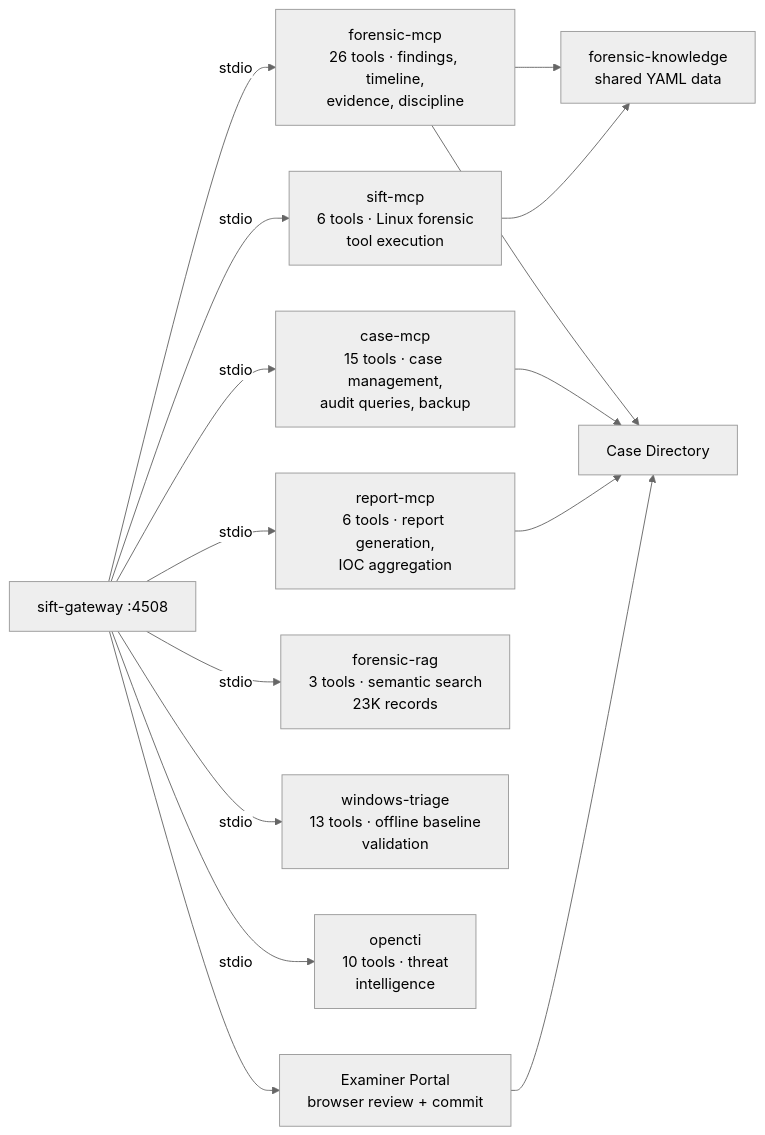
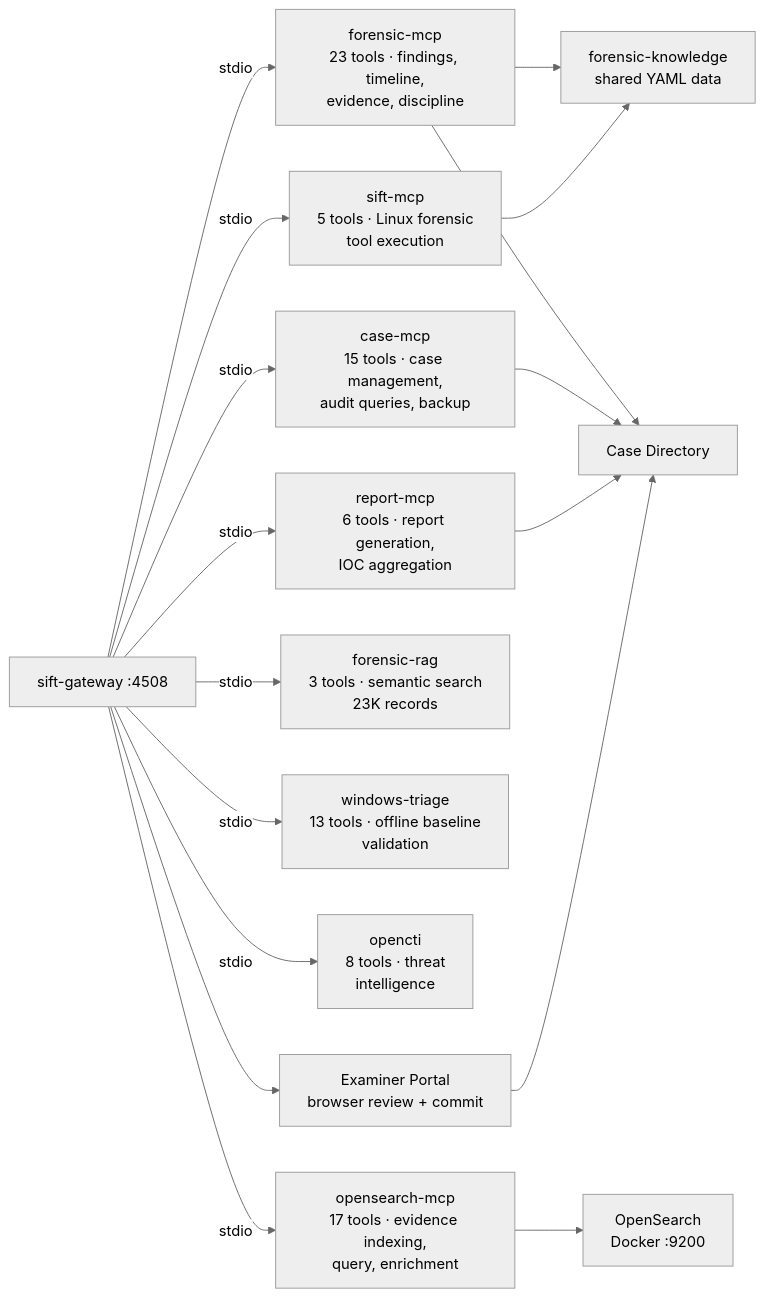
One commit to AppliedIR/sift-mcp changed the first of 2 diagrams in README.md. Above: the diagram before and after it, drawn with Mermaid (neutral theme). The commit also changed other lines of this file and 15 other files, not shown here.

Commit message:
opensearch-mcp integration, gateway improvements, corrected tool counts

````diff
--- a/README.md
+++ b/README.md
@@ -139,30 +86,34 @@
 ```mermaid
 graph LR
     GW["sift-gateway :4508"]
 
-    FM["forensic-mcp<br/>26 tools · findings, timeline,<br/>evidence, discipline"]
+    FM["forensic-mcp<br/>23 tools · findings, timeline,<br/>evidence, discipline"]
     CM["case-mcp<br/>15 tools · case management,<br/>audit queries, backup"]
     RM["report-mcp<br/>6 tools · report generation,<br/>IOC aggregation"]
-    SM["sift-mcp<br/>6 tools · Linux forensic<br/>tool execution"]
+    SM["sift-mcp<br/>5 tools · Linux forensic<br/>tool execution"]
     RAG["forensic-rag<br/>3 tools · semantic search<br/>23K records"]
     WT["windows-triage<br/>13 tools · offline baseline<br/>validation"]
-    OC["opencti<br/>10 tools · threat<br/>intelligence"]
+    OC["opencti<br/>8 tools · threat<br/>intelligence"]
+    OS["opensearch-mcp<br/>17 tools · evidence indexing,<br/>query, enrichment"]
     CD["Examiner Portal<br/>browser review + commit"]
     FK["forensic-knowledge<br/>shared YAML data"]
     CASE["Case Directory"]
+    OSD["OpenSearch<br/>Docker :9200"]
 
     GW -->|stdio| FM
     GW -->|stdio| CM
     GW -->|stdio| RM
     GW -->|stdio| SM
     GW -->|stdio| RAG
     GW -->|stdio| WT
     GW -->|stdio| OC
+    GW -->|stdio| OS
     GW --> CD
     FM --> FK
     SM --> FK
     FM --> CASE
     CM --> CASE
     RM --> CASE
     CD --> CASE
+    OS --> OSD
 ```
````
